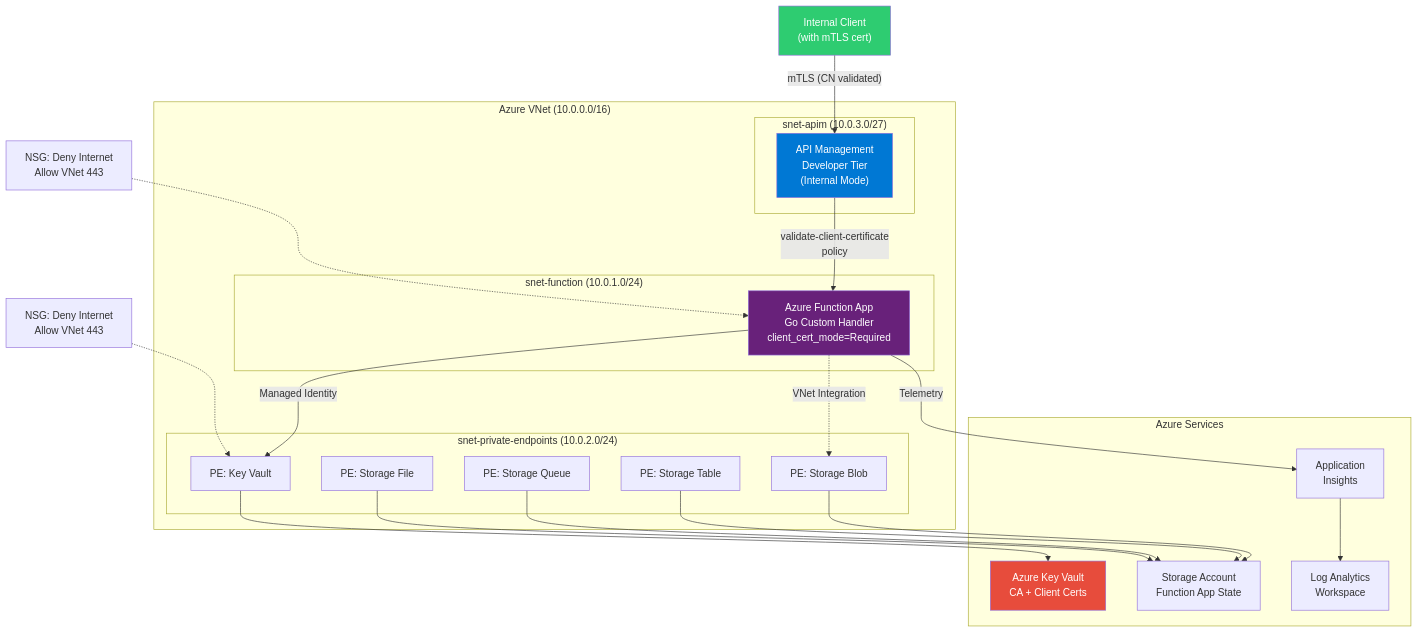
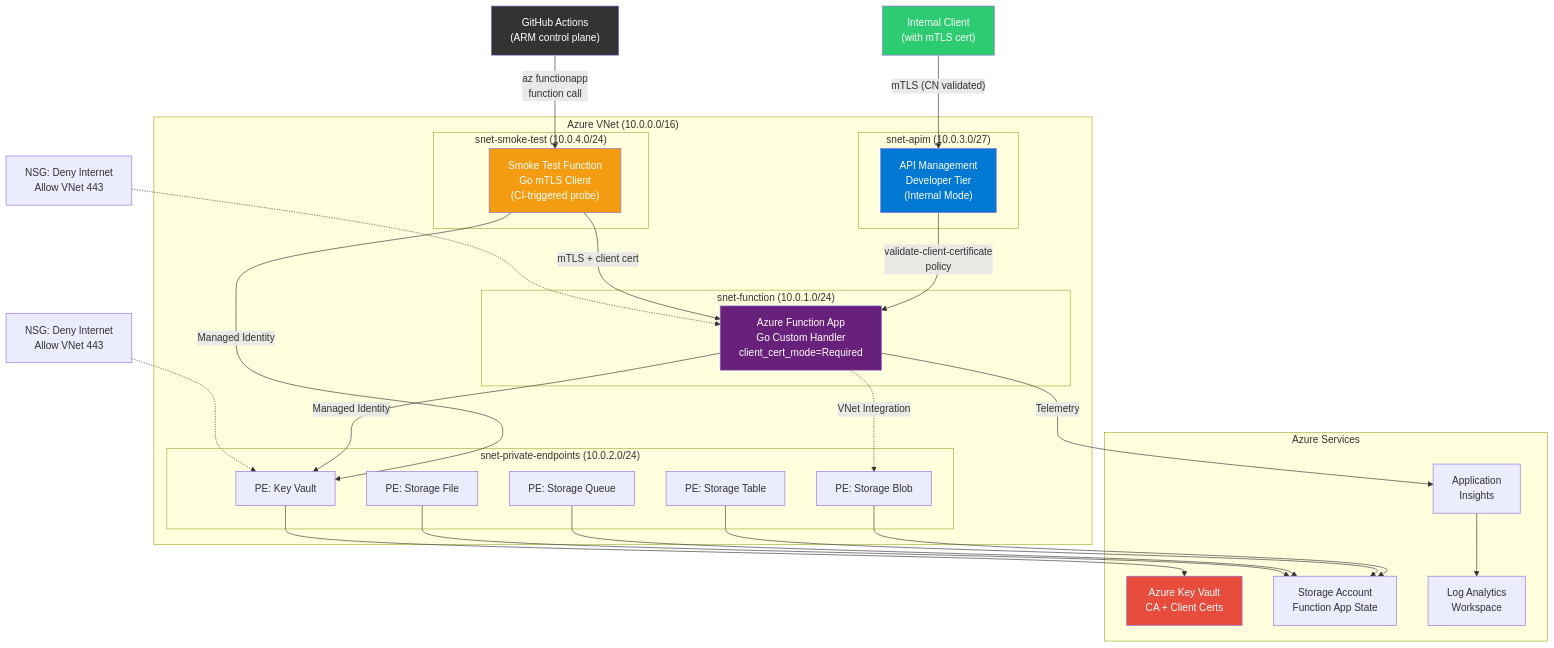
Before and after one commit to ko5tas/checkout.com_interview: the diagram in README.md, drawn with Mermaid. The commit also changed other lines of this file and 14 other files, not shown here.

First line of the commit message:
feat: add VNet-internal smoke test function with mTLS validation

````diff
--- a/README.md
+++ b/README.md
@@ -7,47 +7,56 @@
 ```mermaid
 graph TB
     subgraph "Azure VNet (10.0.0.0/16)"
         subgraph "snet-apim (10.0.3.0/27)"
             APIM["API Management<br/>Developer Tier<br/>(Internal Mode)"]
         end
 
         subgraph "snet-function (10.0.1.0/24)"
             FUNC["Azure Function App<br/>Go Custom Handler<br/>client_cert_mode=Required"]
+        end
+
+        subgraph "snet-smoke-test (10.0.4.0/24)"
+            SMOKE["Smoke Test Function<br/>Go mTLS Client<br/>(CI-triggered probe)"]
         end
 
         subgraph "snet-private-endpoints (10.0.2.0/24)"
             PE_KV["PE: Key Vault"]
             PE_BLOB["PE: Storage Blob"]
             PE_TABLE["PE: Storage Table"]
             PE_QUEUE["PE: Storage Queue"]
             PE_FILE["PE: Storage File"]
         end
     end
 
     subgraph "Azure Services"
         KV["Azure Key Vault<br/>CA + Client Certs"]
         ST["Storage Account<br/>Function App State"]
         LAW["Log Analytics<br/>Workspace"]
         AI["Application<br/>Insights"]
     end
 
     CLIENT["Internal Client<br/>(with mTLS cert)"] -->|"mTLS (CN validated)"| APIM
     APIM -->|"validate-client-certificate<br/>policy"| FUNC
+    SMOKE -->|"mTLS + client cert"| FUNC
+    SMOKE -->|"Managed Identity"| PE_KV
+    GH["GitHub Actions<br/>(ARM control plane)"] -->|"az functionapp<br/>function call"| SMOKE
     FUNC -->|"Managed Identity"| PE_KV
     FUNC -.->|"VNet Integration"| PE_BLOB
     PE_KV --> KV
     PE_BLOB --> ST
     PE_TABLE --> ST
     PE_QUEUE --> ST
     PE_FILE --> ST
     FUNC -->|"Telemetry"| AI
     AI --> LAW
 
     NSG_F["NSG: Deny Internet<br/>Allow VNet 443"] -.-> FUNC
     NSG_PE["NSG: Deny Internet<br/>Allow VNet 443"] -.-> PE_KV
 
     style APIM fill:#0078d4,color:white
     style FUNC fill:#68217a,color:white
     style KV fill:#e74c3c,color:white
     style CLIENT fill:#2ecc71,color:white
+    style SMOKE fill:#f39c12,color:white
+    style GH fill:#333,color:white
 ```
````
